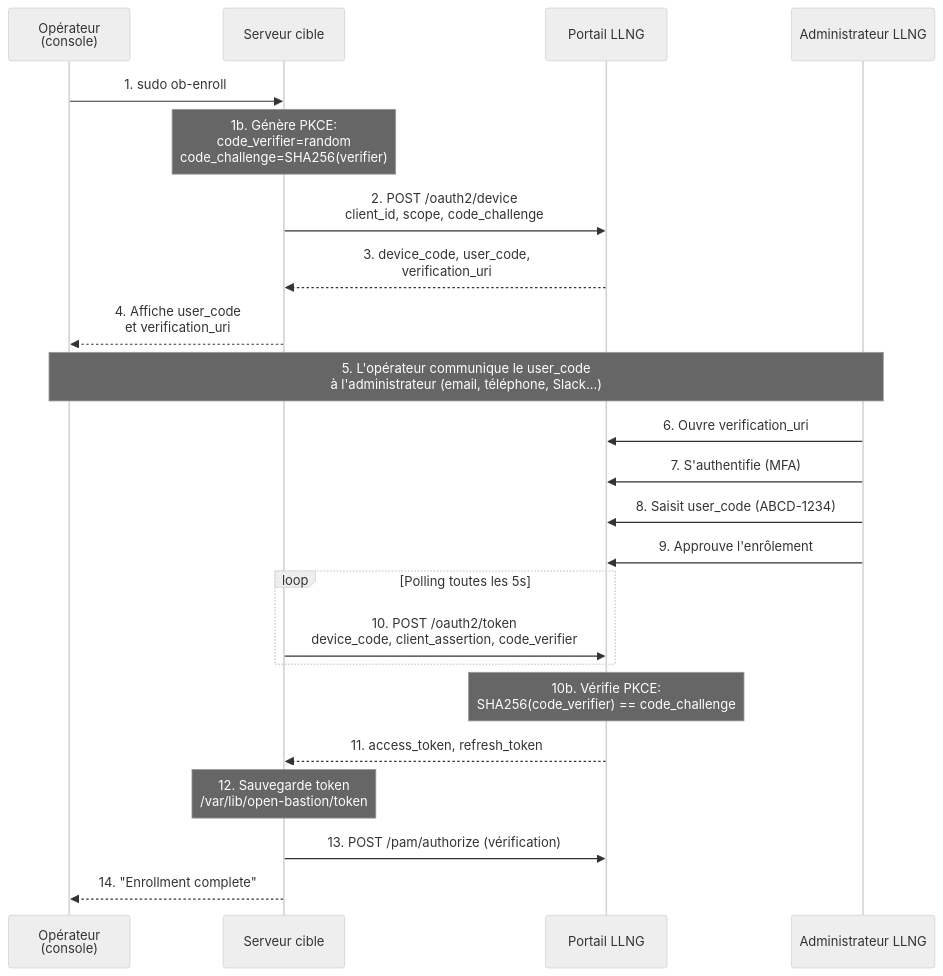
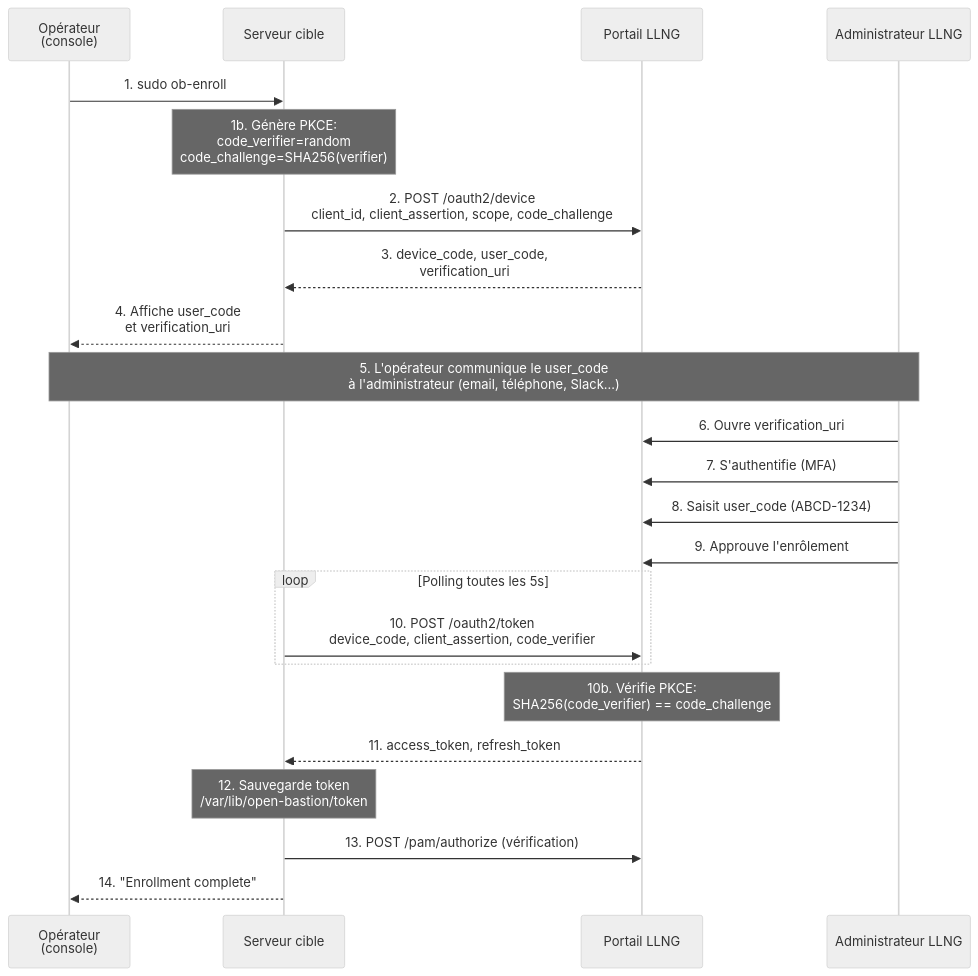
The first of 7 diagrams in doc/security/01-enrollment.rst (linagora/open-bastion), drawn with Mermaid (neutral theme) before and after one commit. The commit also changed other lines of this file and 25 other files, not shown here.

```diff
--- a/doc/security/01-enrollment.rst
+++ b/doc/security/01-enrollment.rst
@@ -116,29 +116,29 @@
 .. mermaid::
 
    sequenceDiagram
        participant Op as Opérateur<br/>(console)
        participant Srv as Serveur cible
        participant LLNG as Portail LLNG
        participant Admin as Administrateur LLNG
 
        Op->>Srv: 1. sudo ob-enroll
        Note over Srv: 1b. Génère PKCE:<br/>code_verifier=random<br/>code_challenge=SHA256(verifier)
-       Srv->>LLNG: 2. POST /oauth2/device<br/>client_id, scope, code_challenge
+       Srv->>LLNG: 2. POST /oauth2/device<br/>client_id, client_assertion, scope, code_challenge
        LLNG-->>Srv: 3. device_code, user_code,<br/>verification_uri
        Srv-->>Op: 4. Affiche user_code<br/>et verification_uri
 
        Note over Op,Admin: 5. L'opérateur communique le user_code<br/>à l'administrateur (email, téléphone, Slack...)
 
        Admin->>LLNG: 6. Ouvre verification_uri
        Admin->>LLNG: 7. S'authentifie (MFA)
        Admin->>LLNG: 8. Saisit user_code (ABCD-1234)
        Admin->>LLNG: 9. Approuve l'enrôlement
 
        loop Polling toutes les 5s
            Srv->>LLNG: 10. POST /oauth2/token<br/>device_code, client_assertion, code_verifier
        end
        Note over LLNG: 10b. Vérifie PKCE:<br/>SHA256(code_verifier) == code_challenge
        LLNG-->>Srv: 11. access_token, refresh_token
        Note over Srv: 12. Sauvegarde token<br/>/var/lib/open-bastion/token
        Srv->>LLNG: 13. POST /pam/authorize (vérification)
        Srv-->>Op: 14. "Enrollment complete"
```
